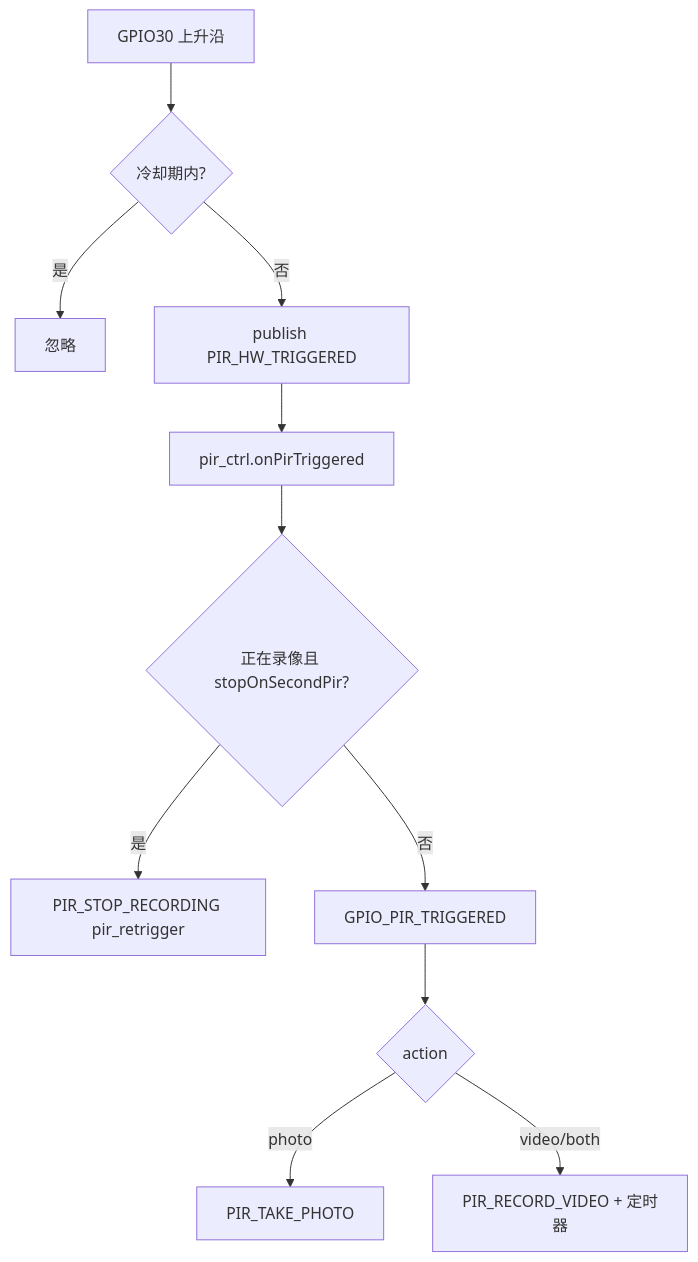
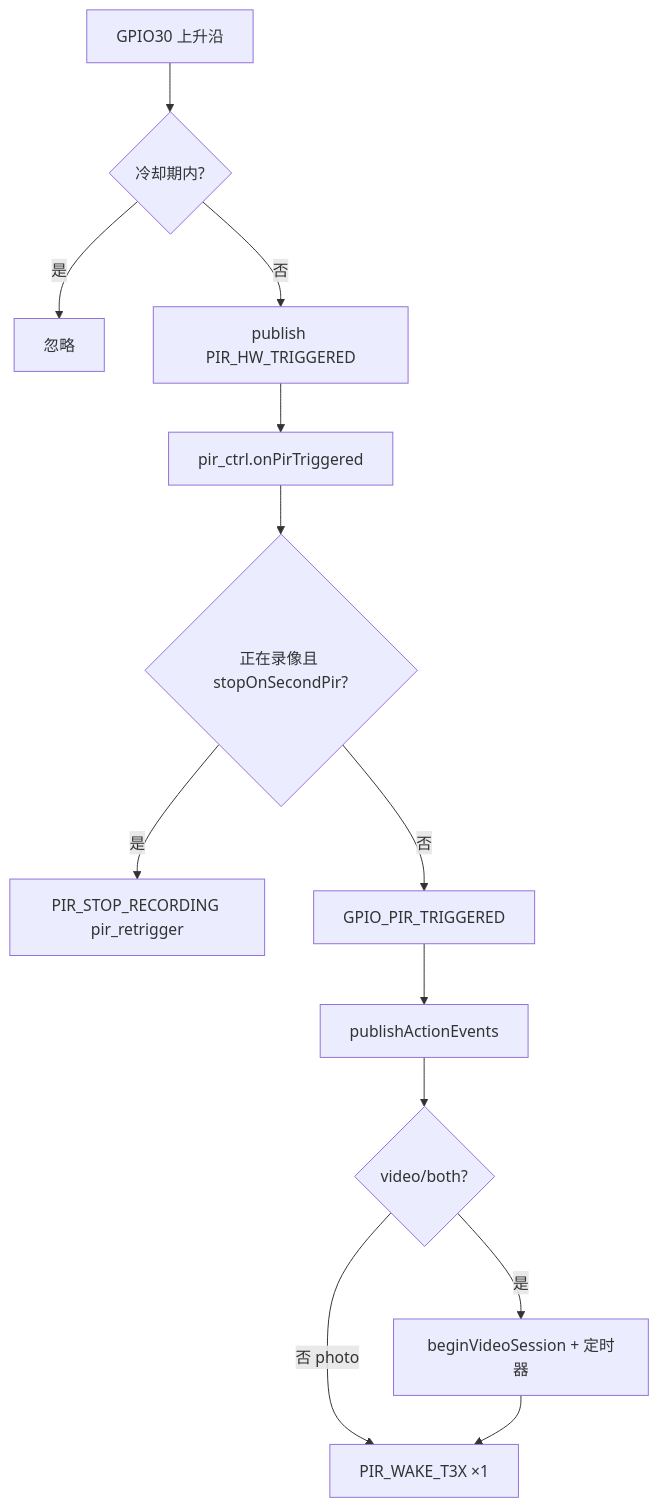
One commit to dzr1986/AIR780EHM changed the fourth of 4 diagrams in doc/PIR_HARDWARE.md. Above: the diagram before and after it, drawn with Mermaid. The commit also changed other lines of this file and 107 other files, not shown here.

````diff
--- a/doc/PIR_HARDWARE.md
+++ b/doc/PIR_HARDWARE.md
@@ -165,13 +167,15 @@
 ```mermaid
 flowchart TD
     A[GPIO30 上升沿] --> B{冷却期内?}
     B -->|是| Z[忽略]
     B -->|否| C[publish PIR_HW_TRIGGERED]
     C --> D[pir_ctrl.onPirTriggered]
     D --> E{正在录像且 stopOnSecondPir?}
     E -->|是| F[PIR_STOP_RECORDING pir_retrigger]
     E -->|否| G[GPIO_PIR_TRIGGERED]
-    G --> H{action}
-    H -->|photo| I[PIR_TAKE_PHOTO]
-    H -->|video/both| J[PIR_RECORD_VIDEO + 定时器]
+    G --> H[publishActionEvents]
+    H --> I{video/both?}
+    I -->|是| K[beginVideoSession + 定时器]
+    I -->|否 photo| J
+    K --> J[PIR_WAKE_T3X ×1]
 ```
````
